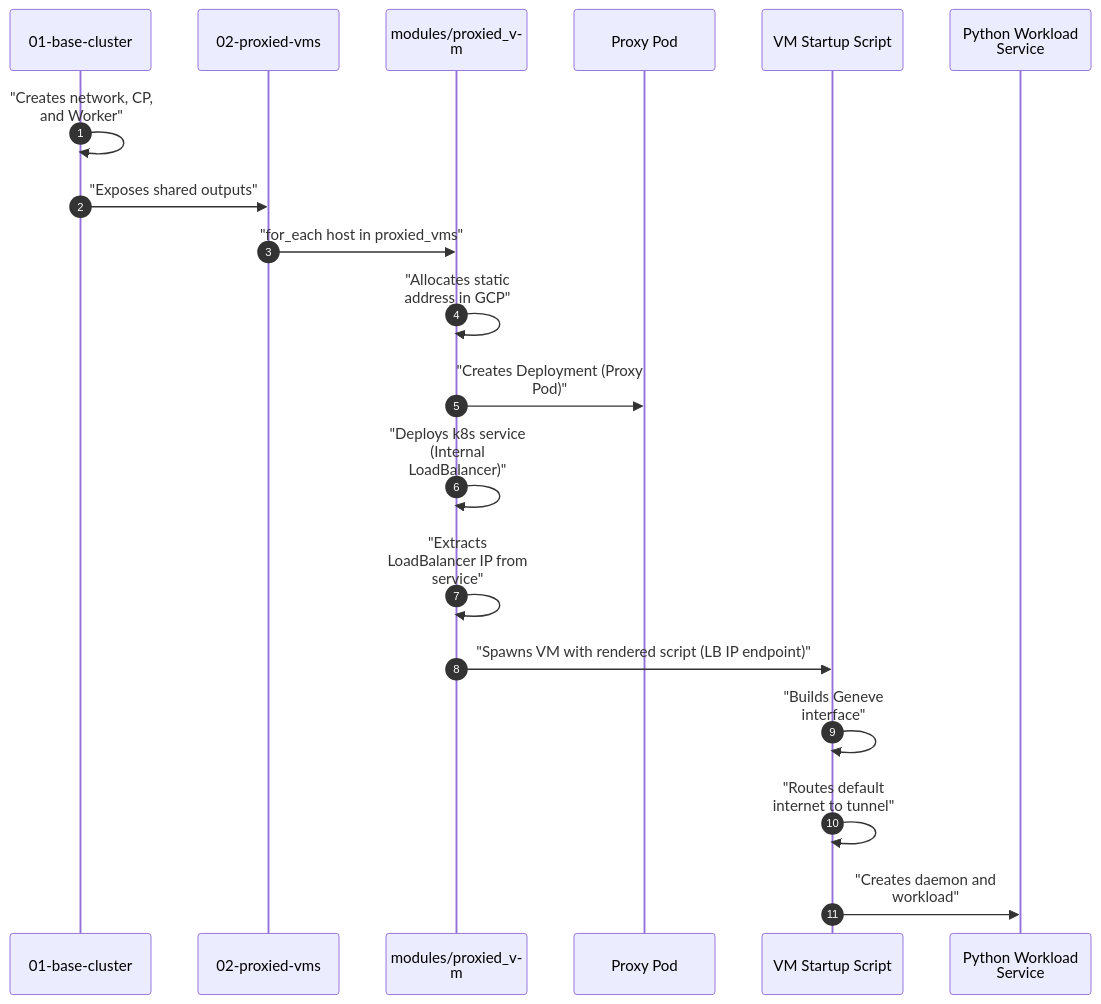
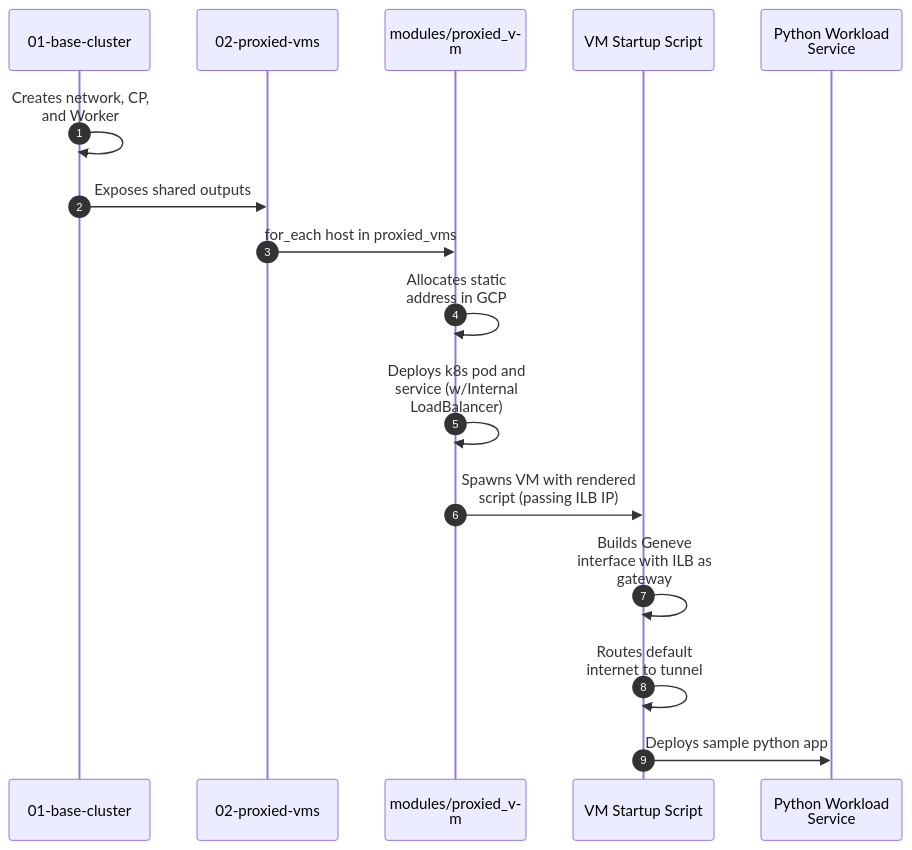
Before and after one commit to linde/gcp-k8s-isolated-vm: the second of 3 diagrams in README.md, drawn with Mermaid. The commit also changed other lines of this file, not shown here.

Commit message:
docs: update architecture diagrams, simplify setup instructions, and refine endpoint discovery logic in README

````diff
--- a/README.md
+++ b/README.md
@@ -67,23 +66,20 @@
 ```mermaid
 %%{init: { 'sequence': {'wrap': true} } }%%
 sequenceDiagram
     autonumber
     participant Base as 01-base-cluster
     participant Caller as 02-proxied-vms
     participant Module as modules/proxied_vm
-    participant Pod as Proxy Pod
     participant Script as VM Startup Script
     participant VMSvc as Python Workload Service
 
-    Base->>Base: "Creates network, CP, and Worker"
-    Base->>Caller: "Exposes shared outputs"
-    Caller->>Module: "for_each host in proxied_vms"
-    Module->>Module: "Allocates static address in GCP"
-    Module->>Pod: "Creates Deployment (Proxy Pod)"
-    Module->>Module: "Deploys k8s service (Internal LoadBalancer)"
-    Module->>Module: "Extracts LoadBalancer IP from service"
-    Module->>Script: "Spawns VM with rendered script (LB IP endpoint)"
-    Script->>Script: "Builds Geneve interface"
-    Script->>Script: "Routes default internet to tunnel"
-    Script->>VMSvc: "Creates daemon and workload"
+    Base->>Base: Creates network, CP, and Worker
+    Base->>Caller: Exposes shared outputs
+    Caller->>Module: for_each host in proxied_vms
+    Module->>Module: Allocates static address in GCP
+    Module->>Module: Deploys k8s pod and service (w/Internal LoadBalancer)
+    Module->>Script: Spawns VM with rendered script (passing ILB IP)
+    Script->>Script: Builds Geneve interface with ILB as gateway
+    Script->>Script: Routes default internet to tunnel
+    Script->>VMSvc: Deploys sample python app
 ```
````
